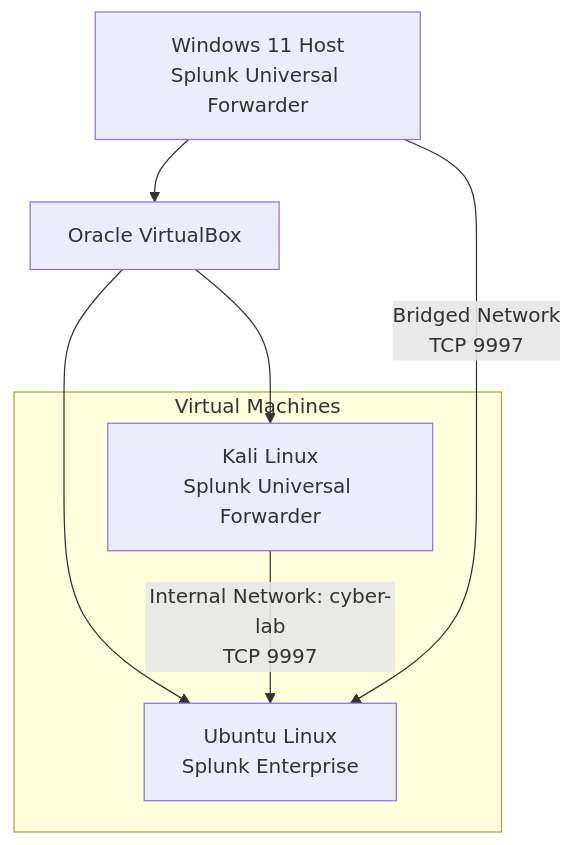
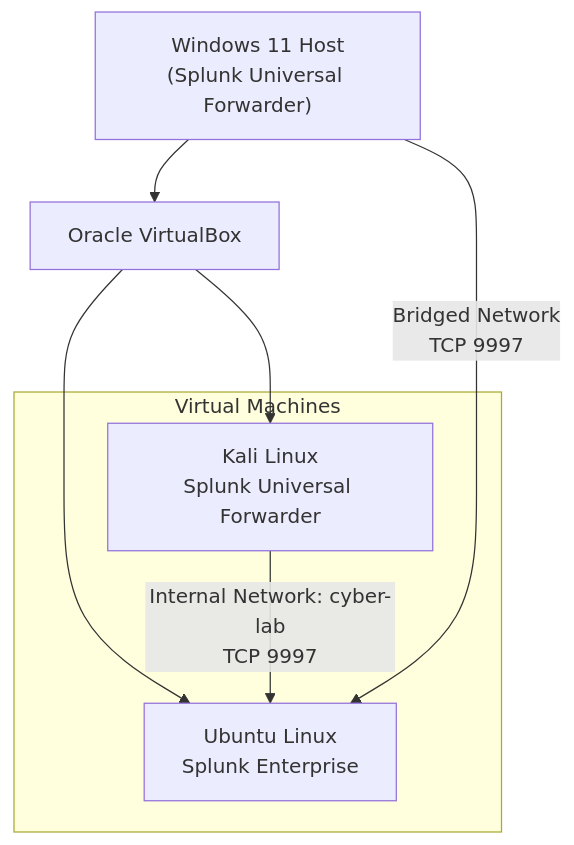
One commit to Akshatha-security-labs/Akshatha-security-labs changed the diagram in VirtualBox/splunk/log-forwarding.md. Above: the diagram before and after it, drawn with Mermaid.

Commit message:
Fix formatting of Windows 11 Host label in diagram

````diff
--- a/VirtualBox/splunk/log-forwarding.md
+++ b/VirtualBox/splunk/log-forwarding.md
@@ -123,18 +123,18 @@
 ```mermaid
 flowchart TB
-    HOST["Windows 11 Host<br/>Splunk Universal Forwarder"]
+    HOST["Windows 11 Host<br/>(Splunk Universal Forwarder)"]
     VB["Oracle VirtualBox"]
 
     HOST --> VB
 
     subgraph VMS["Virtual Machines"]
         KALI["Kali Linux<br/>Splunk Universal Forwarder"]
         UBUNTU["Ubuntu Linux<br/>Splunk Enterprise"]
     end
 
     VB --> KALI
     VB --> UBUNTU
 
     KALI -->|"Internal Network: cyber-lab<br/>TCP 9997"| UBUNTU
     HOST -->|"Bridged Network<br/>TCP 9997"| UBUNTU
 ```
````
